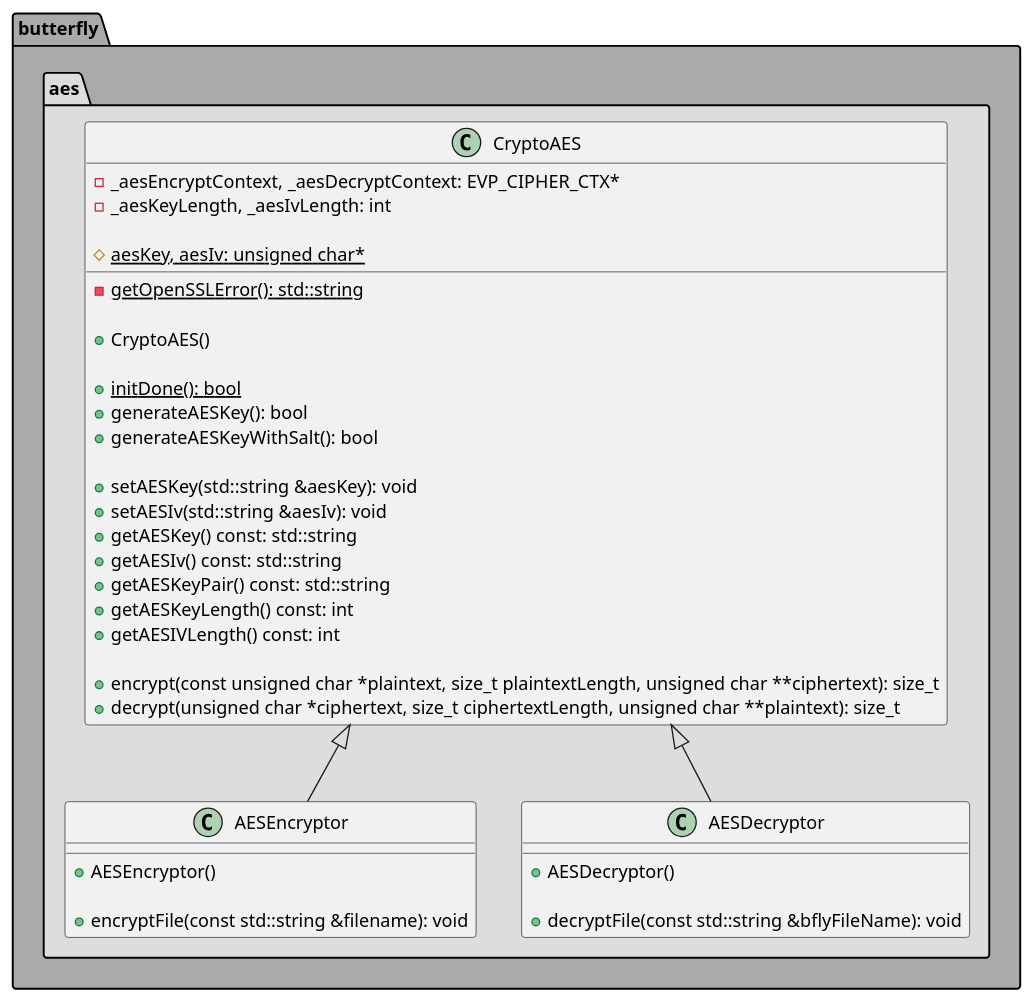
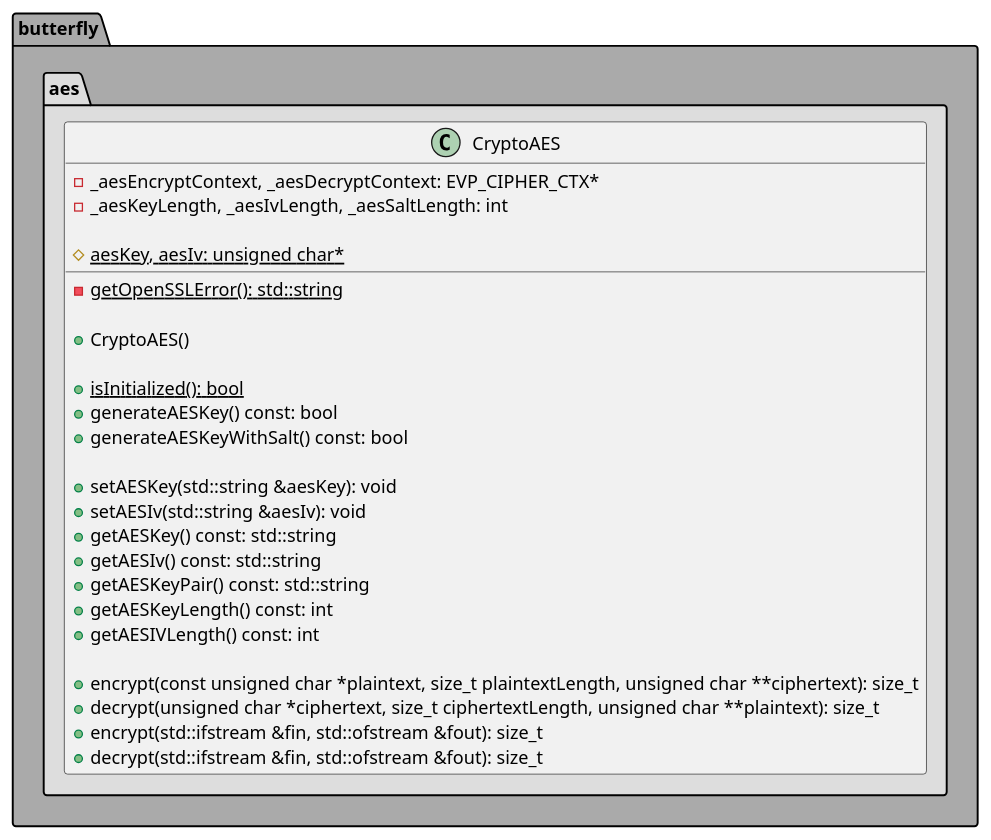
One commit to bierschi/butterfly changed the diagram in architecture/class_diagrams/crypto/aes.puml. Above: the diagram before and after it, drawn with PlantUML. The commit also changed 24 other files, not shown here.

Commit message:
Updated the architecture crypto folder

```diff
--- a/architecture/class_diagrams/crypto/aes.puml
+++ b/architecture/class_diagrams/crypto/aes.puml
@@ -1,57 +1,42 @@
 @startuml
 
 package butterfly #AAAAAA
 {
 
 package aes #DDDDDD
 {
 
 class CryptoAES
 {
     - _aesEncryptContext, _aesDecryptContext: EVP_CIPHER_CTX*
-    - _aesKeyLength, _aesIvLength: int
+    - _aesKeyLength, _aesIvLength, _aesSaltLength: int
 
     # {static} aesKey, aesIv: unsigned char*
 
     - {static} getOpenSSLError(): std::string
 
     + CryptoAES()
 
-    + {static} initDone(): bool
-    + generateAESKey(): bool
-    + generateAESKeyWithSalt(): bool
+    + {static} isInitialized(): bool
+    + generateAESKey() const: bool
+    + generateAESKeyWithSalt() const: bool
 
     + setAESKey(std::string &aesKey): void
     + setAESIv(std::string &aesIv): void
     + getAESKey() const: std::string
     + getAESIv() const: std::string
     + getAESKeyPair() const: std::string
     + getAESKeyLength() const: int
     + getAESIVLength() const: int
 
     + encrypt(const unsigned char *plaintext, size_t plaintextLength, unsigned char **ciphertext): size_t
     + decrypt(unsigned char *ciphertext, size_t ciphertextLength, unsigned char **plaintext): size_t
+    + encrypt(std::ifstream &fin, std::ofstream &fout): size_t
+    + decrypt(std::ifstream &fin, std::ofstream &fout): size_t
 }
-
-class AESEncryptor
-{
-    + AESEncryptor()
-
-    + encryptFile(const std::string &filename): void
-
-}
-
-class AESDecryptor
-{
-    + AESDecryptor()
-
-    + decryptFile(const std::string &bflyFileName): void
-}
-
-CryptoAES <|-- AESEncryptor
-CryptoAES <|-- AESDecryptor
 
 }
 
 }
+
 @enduml
```
